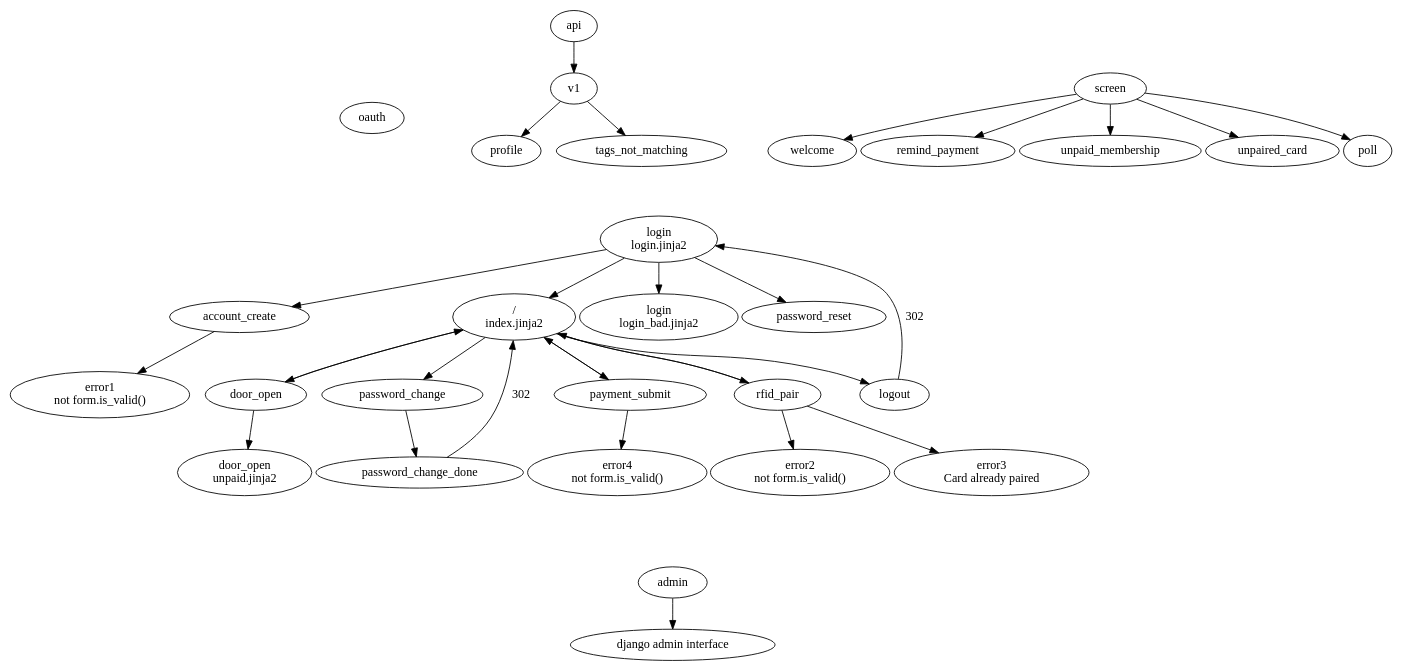
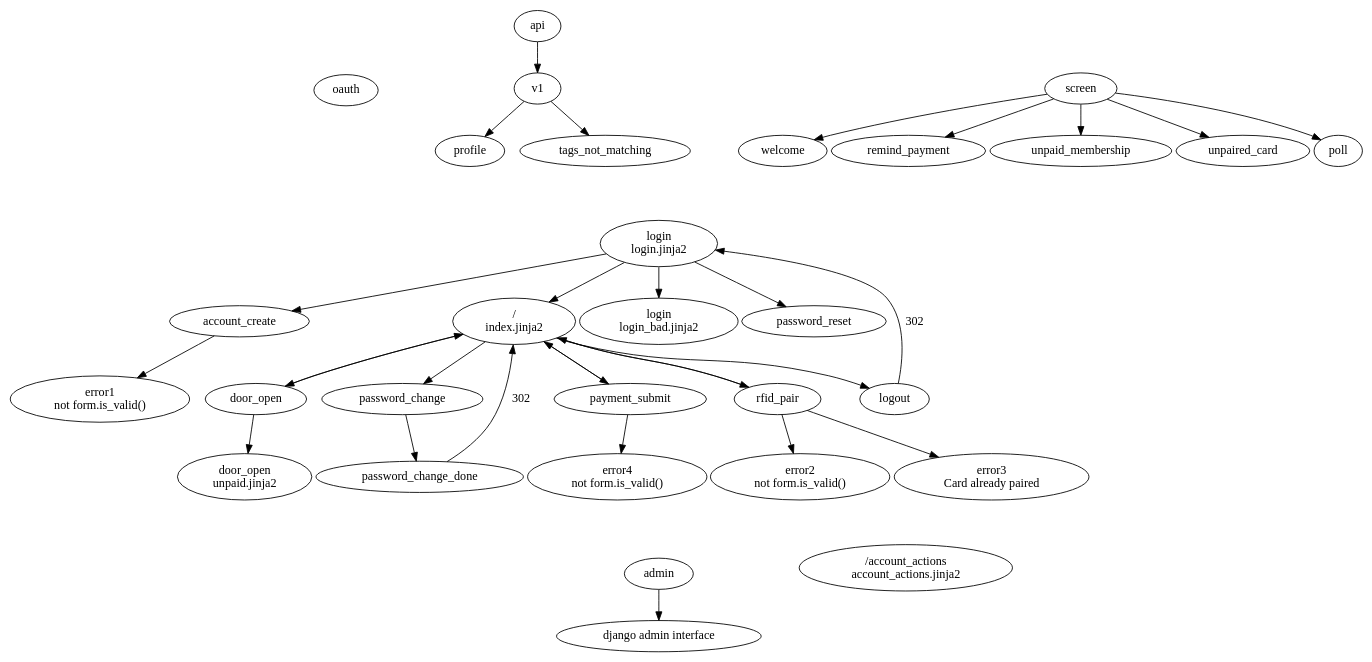
One commit to dimsumlabs/hackman changed the diagram in docs/site-flow.dot. Above: the diagram before and after it, drawn with Graphviz. The commit also changed 4 other files, not shown here.

Commit message:
Add new account_actions page

```diff
--- a/docs/site-flow.dot
+++ b/docs/site-flow.dot
@@ -1,60 +1,61 @@
 #
 # Outline of the various pages and how they link to each other
 #
 
 digraph g{
     pack=true;
 
     # All the templates, with internal names for them
     account_create;
     index [label="/\nindex.jinja2"];
     login [label="\N\nlogin.jinja2"];
     login_bad [label="login\nlogin_bad.jinja2"];
     door_open_bad [label="door_open\nunpaid.jinja2"];
+    account_actions [label="/account_actions\naccount_actions.jinja2"];
 
     error1 [label="\N\nnot form.is_valid()"];
     error2 [label="\N\nnot form.is_valid()"];
     error3 [label="\N\nCard already paired"];
     error4 [label="\N\nnot form.is_valid()"];
 
     login -> login_bad [label=post];
     login -> password_reset;
     login -> account_create [label=post];
     login -> index [label=post];
 
     account_create -> error1;
 
     index -> door_open;
     door_open -> door_open_bad;
     door_open -> index [label=302];
 
     index -> password_change;
     password_change -> password_change_done [label=post];
     password_change_done -> index [label=302];
 
     index -> payment_submit [label=post];
     payment_submit -> index [label=302];
     payment_submit -> error4;
 
     index -> rfid_pair [label=post];
     rfid_pair -> index [label=302];
     rfid_pair -> error2;
     rfid_pair -> error3;
 
     index -> logout;
     logout -> login [label=302];
 
     admin -> "django admin interface";
 
     screen -> welcome;
     screen -> remind_payment;
     screen -> unpaid_membership;
     screen -> unpaired_card;
     screen -> poll;
 
     oauth;
 
     api -> v1;
     v1 -> profile;
     v1 -> tags_not_matching;
 }
```
